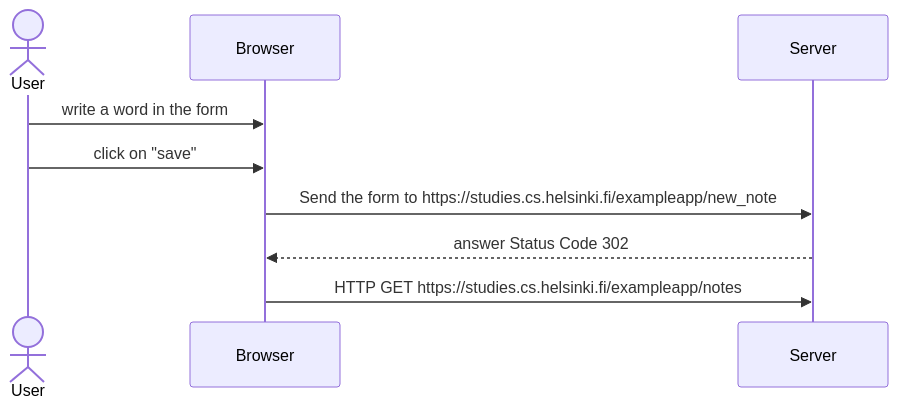
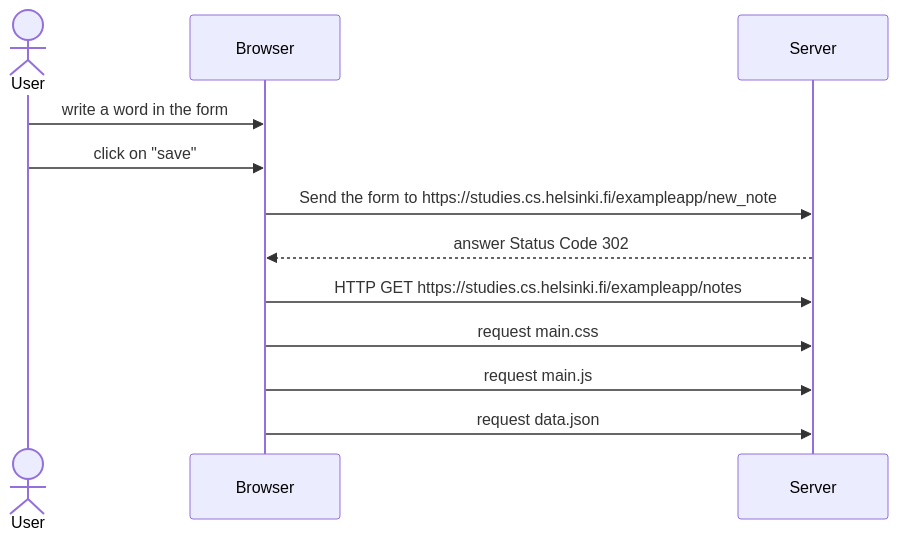
One commit to Blackleaf3416/Fullstackopen-part0 changed the diagram in diagram.md. Above: the diagram before and after it, drawn with Mermaid.

````diff
--- a/diagram.md
+++ b/diagram.md
@@ -1,13 +1,15 @@
 ```mermaid
 sequenceDiagram
 actor User
 participant Browser
 participant Server
 User->>Browser: write a word in the form
 User->>Browser: click on "save"
 Browser->>Server: Send the form to https://studies.cs.helsinki.fi/exampleapp/new_note
 Server-->>Browser: answer Status Code 302
 Browser->>Server: HTTP GET https://studies.cs.helsinki.fi/exampleapp/notes
-  
+Browser->>Server: request main.css
+Browser->>Server: request main.js
+Browser->>Server: request data.json
   
 ```
````
